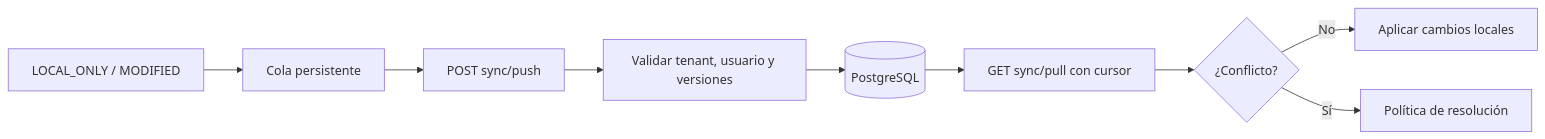
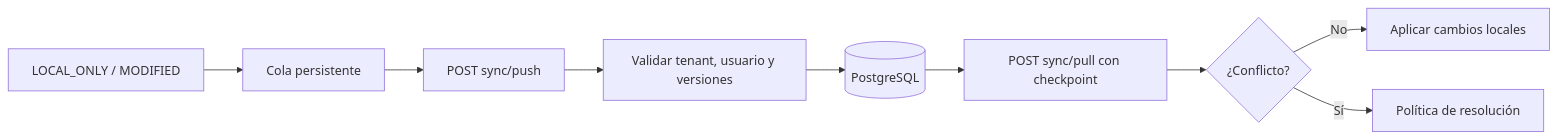
One commit to RodrigoSHL/project-manager-nx changed diagram 17 of 17 in docs/INSPECTION_OFFLINE_FIRST.md. Above: the diagram before and after it, drawn with Mermaid. The commit also changed other lines of this file and 32 other files, not shown here.

First line of the commit message:
feat(sync): implement incremental Pull with checkpoints and conflict candidates

````diff
--- a/docs/INSPECTION_OFFLINE_FIRST.md
+++ b/docs/INSPECTION_OFFLINE_FIRST.md
@@ -765,11 +767,11 @@
 ```mermaid
 flowchart LR
     DIRTY[LOCAL_ONLY / MODIFIED] --> QUEUE[Cola persistente]
     QUEUE --> PUSH[POST sync/push]
     PUSH --> VALIDATE[Validar tenant, usuario y versiones]
     VALIDATE --> SERVER[(PostgreSQL)]
-    SERVER --> PULL[GET sync/pull con cursor]
+    SERVER --> PULL[POST sync/pull con checkpoint]
     PULL --> CONFLICT{¿Conflicto?}
     CONFLICT -->|No| APPLY[Aplicar cambios locales]
     CONFLICT -->|Sí| RESOLVE[Política de resolución]
 ```
````
